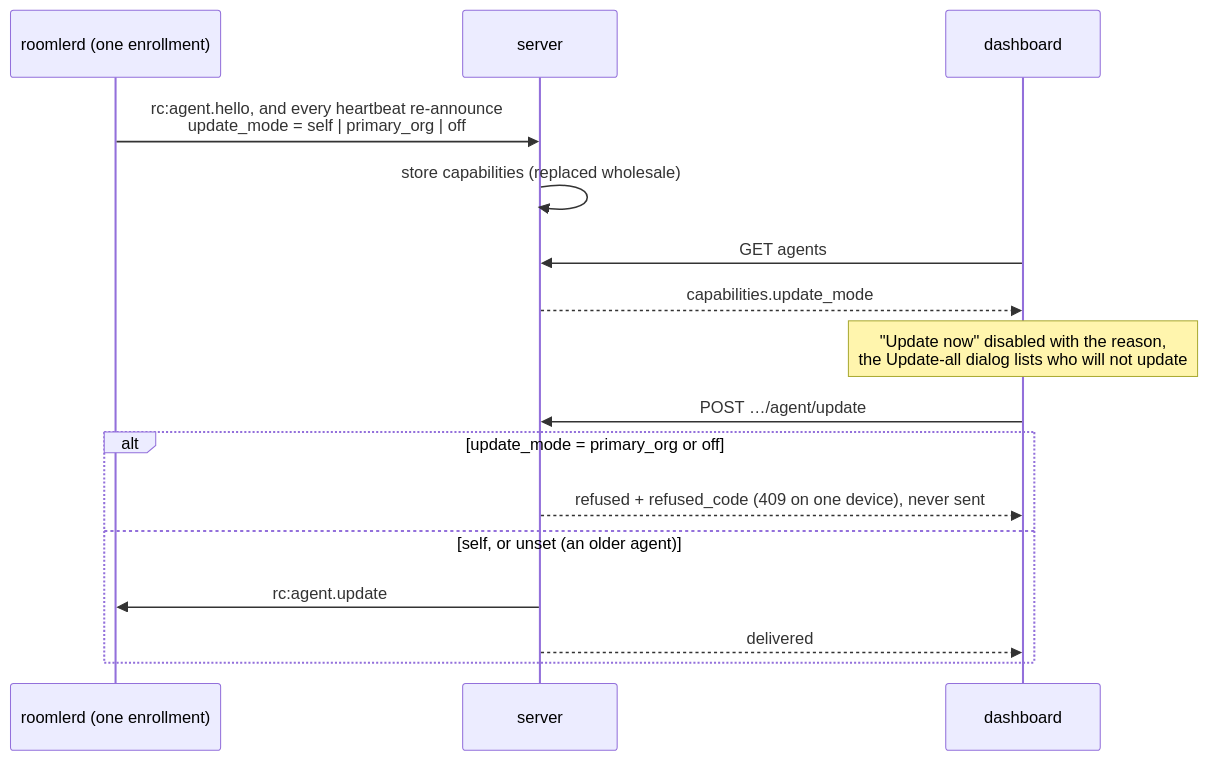
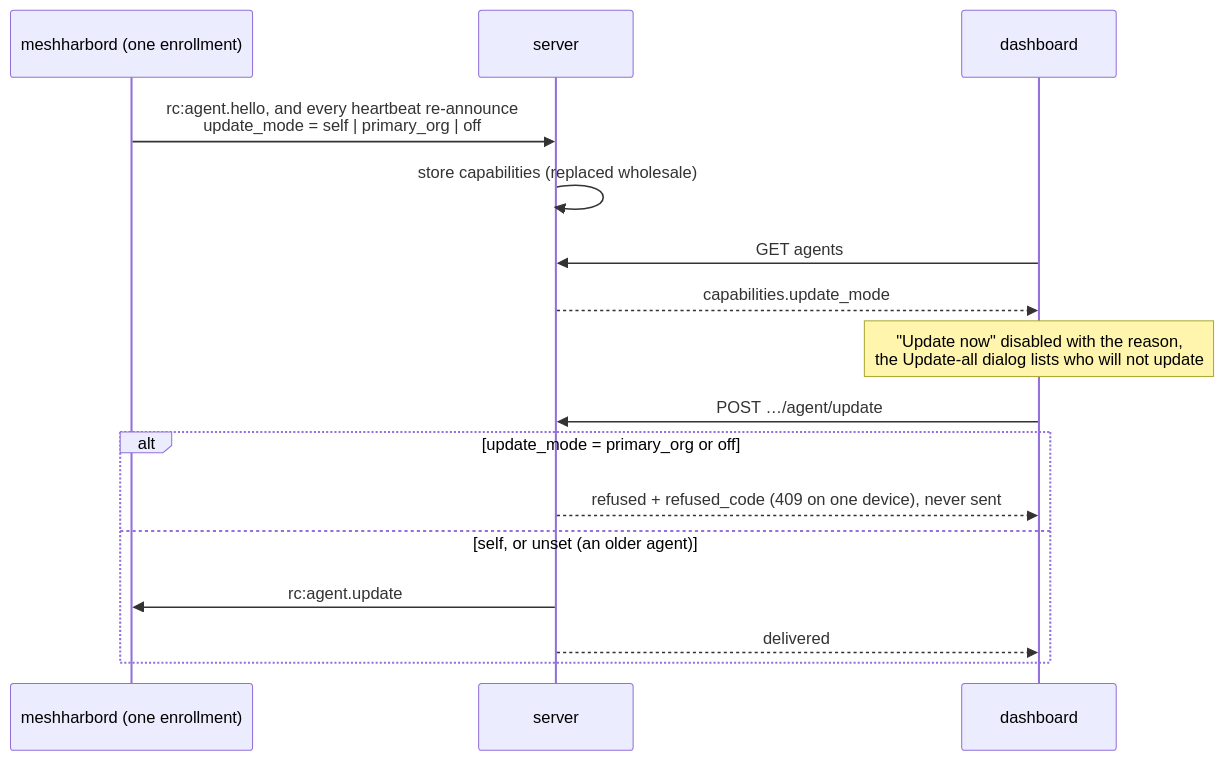
Before and after one commit to jk-zhang-meta/MeshHarbor: the diagram in docs/fr/FR-67-update-outcome-observability.md, drawn with Mermaid. The commit also changed other lines of this file and 682 other files, not shown here.

````diff
--- a/docs/fr/FR-67-update-outcome-observability.md
+++ b/docs/fr/FR-67-update-outcome-observability.md
@@ -118,18 +118,18 @@
 ```mermaid
 sequenceDiagram
-    participant D as roomlerd (one enrollment)
+    participant D as meshharbord (one enrollment)
     participant S as server
     participant UI as dashboard
     D->>S: rc:agent.hello, and every heartbeat re-announce<br/>update_mode = self | primary_org | off
     S->>S: store capabilities (replaced wholesale)
     UI->>S: GET agents
     S-->>UI: capabilities.update_mode
     Note over UI: "Update now" disabled with the reason,<br/>the Update-all dialog lists who will not update
     UI->>S: POST …/agent/update
     alt update_mode = primary_org or off
         S-->>UI: refused + refused_code (409 on one device), never sent
     else self, or unset (an older agent)
         S->>D: rc:agent.update
         S-->>UI: delivered
     end
 ```
````
